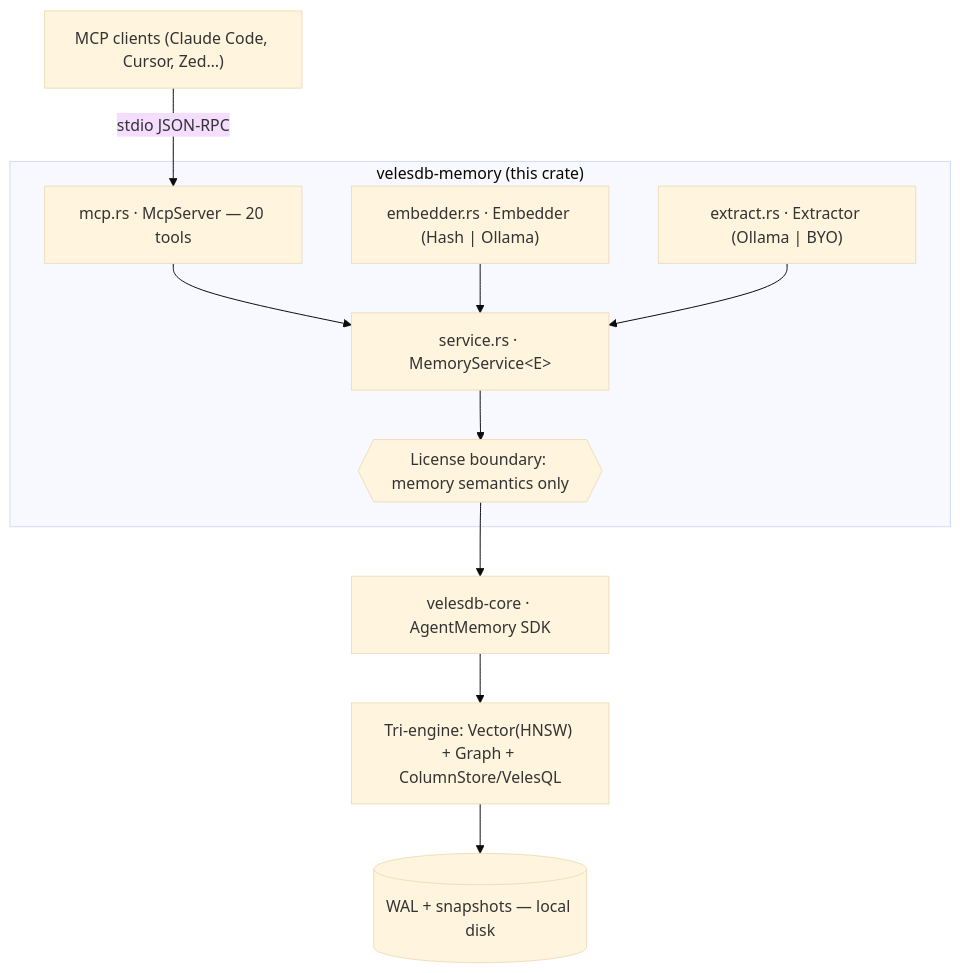
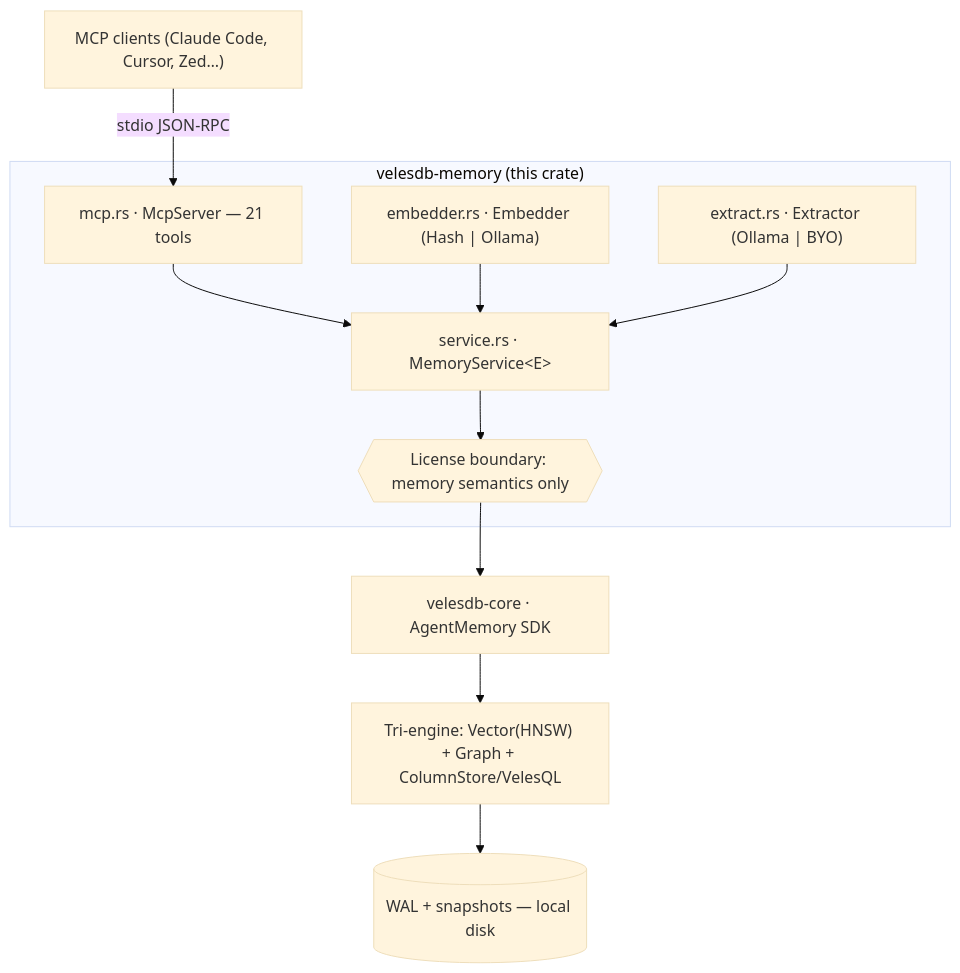
One commit to cyberlife-coder/VelesDB changed the diagram in crates/velesdb-memory/ARCHITECTURE.md. Above: the diagram before and after it, drawn with Mermaid (base theme). The commit also changed other lines of this file and 13 other files, not shown here.

First line of the commit message:
feat(memory): memory_status — the server's health becomes readable inside the protocol (#1863)

````diff
--- a/crates/velesdb-memory/ARCHITECTURE.md
+++ b/crates/velesdb-memory/ARCHITECTURE.md
@@ -65,13 +65,13 @@
 ```mermaid
 flowchart TD
   C["MCP clients (Claude Code, Cursor, Zed…)"] -- "stdio JSON-RPC" --> M
   subgraph VM["velesdb-memory (this crate)"]
-    M["mcp.rs · McpServer — 20 tools"] --> S["service.rs · MemoryService&lt;E&gt;"]
+    M["mcp.rs · McpServer — 21 tools"] --> S["service.rs · MemoryService&lt;E&gt;"]
     EMB["embedder.rs · Embedder (Hash | Ollama)"] --> S
     EXT["extract.rs · Extractor (Ollama | BYO)"] --> S
     S --> LB{{"License boundary: memory semantics only"}}
   end
   LB --> AM["velesdb-core · AgentMemory SDK"]
   AM --> ENG["Tri-engine: Vector(HNSW) + Graph + ColumnStore/VelesQL"]
   ENG --> DISK[("WAL + snapshots — local disk")]
 ```
````
